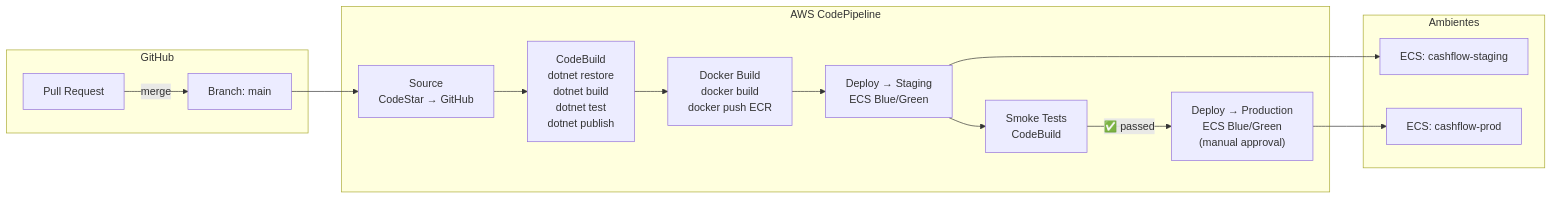
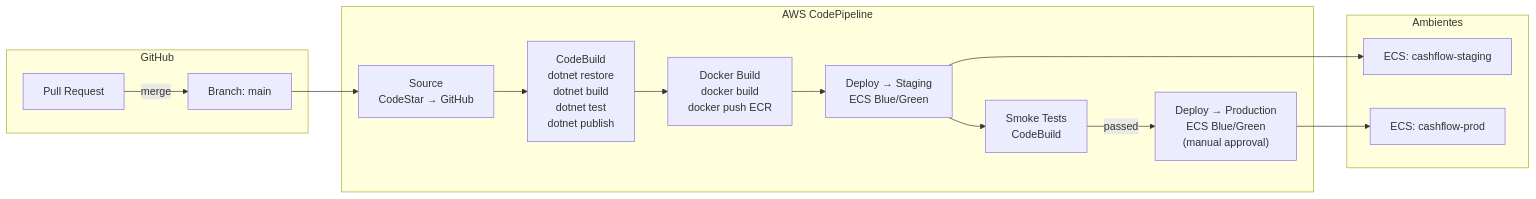
One commit to wallacecamacho/mtech-arqsol changed the fifth of 7 diagrams in docs/architecture/cloud.md. Above: the diagram before and after it, drawn with Mermaid. The commit also changed other lines of this file and 46 other files, not shown here.

````diff
--- a/docs/architecture/cloud.md
+++ b/docs/architecture/cloud.md
@@ -262,27 +262,27 @@
 ```mermaid
 flowchart LR
     subgraph REPO["GitHub"]
         PR["Pull Request"]
         MAIN["Branch: main"]
     end
 
     subgraph PIPELINE["AWS CodePipeline"]
         SRC["Source\nCodeStar → GitHub"]
         BUILD["CodeBuild\ndotnet restore\ndotnet build\ndotnet test\ndotnet publish"]
         IMG["Docker Build\ndocker build\ndocker push ECR"]
         DEP_STG["Deploy → Staging\nECS Blue/Green"]
         SMOKE["Smoke Tests\nCodeBuild"]
         DEP_PRD["Deploy → Production\nECS Blue/Green\n(manual approval)"]
     end
 
     subgraph ECS_ENV["Ambientes"]
         STAGING["ECS: cashflow-staging"]
         PROD["ECS: cashflow-prod"]
     end
 
     PR -->|"merge"| MAIN
     MAIN --> SRC --> BUILD --> IMG --> DEP_STG --> SMOKE
-    SMOKE -->|"✅ passed"| DEP_PRD
+    SMOKE -->|"passed"| DEP_PRD
     DEP_STG --> STAGING
     DEP_PRD --> PROD
 ```
````
